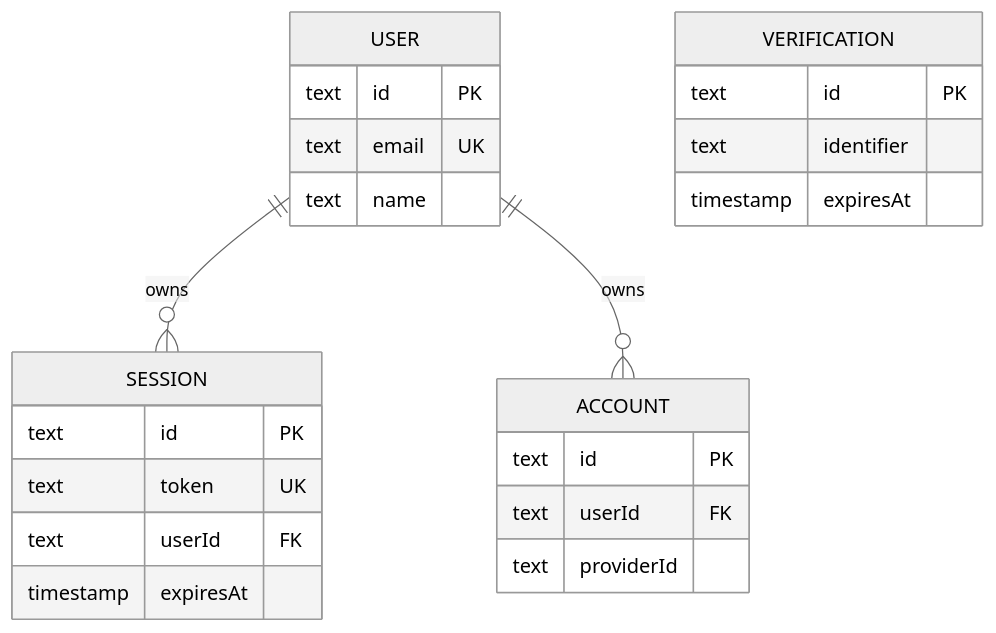
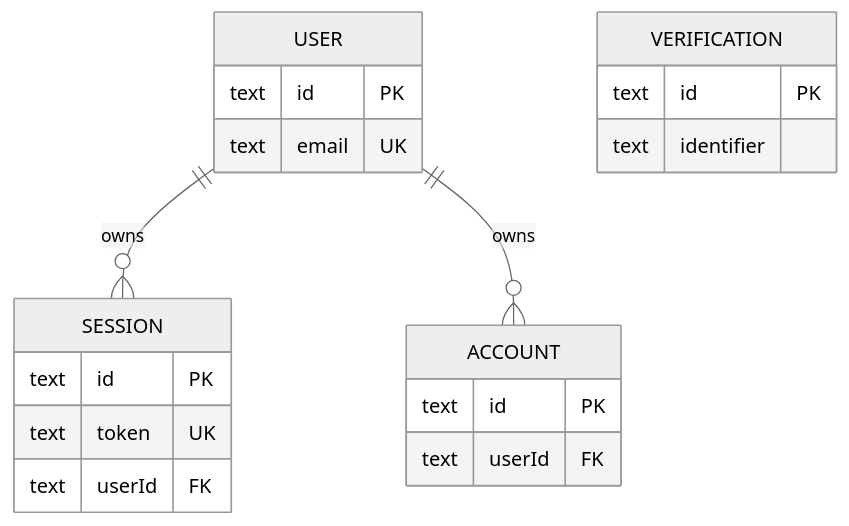
One commit to bishsbytes/bro changed the diagram in openwiki/database/server.md. Above: the diagram before and after it, drawn with Mermaid (neutral theme). The commit also changed other lines of this file and 19 other files, not shown here.

````diff
--- a/openwiki/database/server.md
+++ b/openwiki/database/server.md
@@ -14,26 +22,22 @@
 ```mermaid
 erDiagram
   USER ||--o{ SESSION : owns
   USER ||--o{ ACCOUNT : owns
   USER {
     text id PK
     text email UK
-    text name
   }
   SESSION {
     text id PK
     text token UK
     text userId FK
-    timestamp expiresAt
   }
   ACCOUNT {
     text id PK
     text userId FK
-    text providerId
   }
   VERIFICATION {
     text id PK
     text identifier
-    timestamp expiresAt
   }
 ```
````
